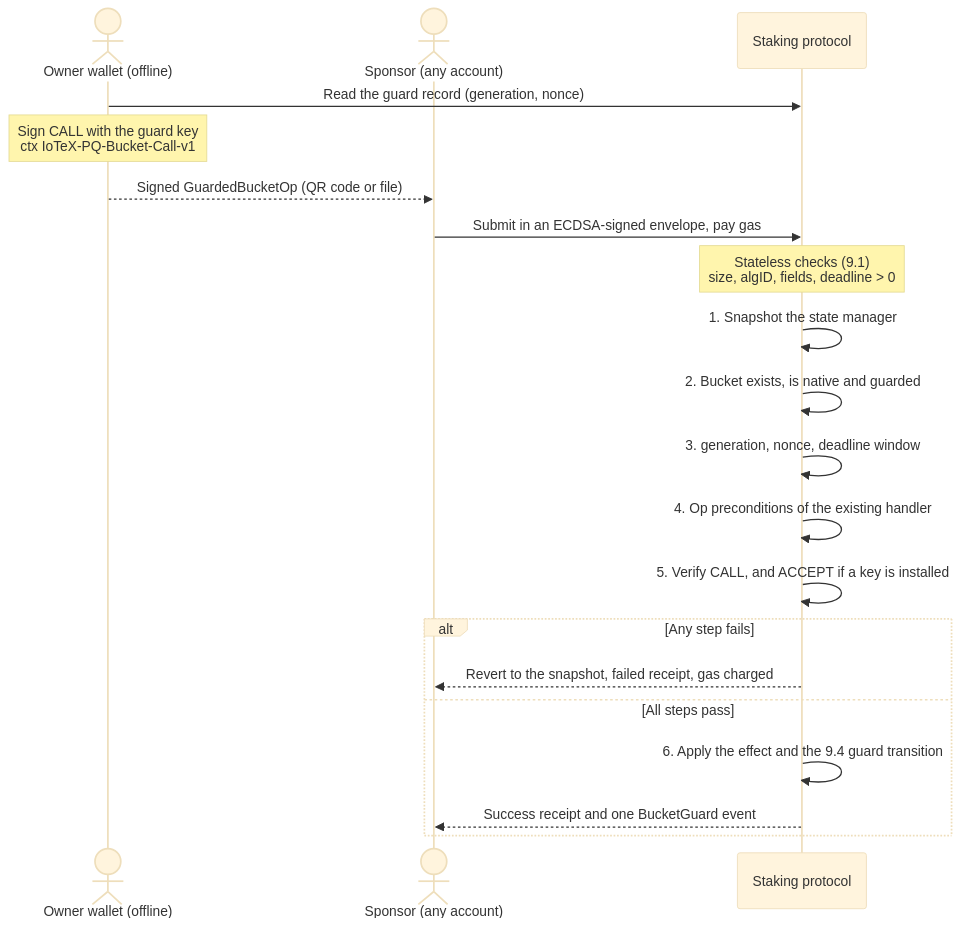
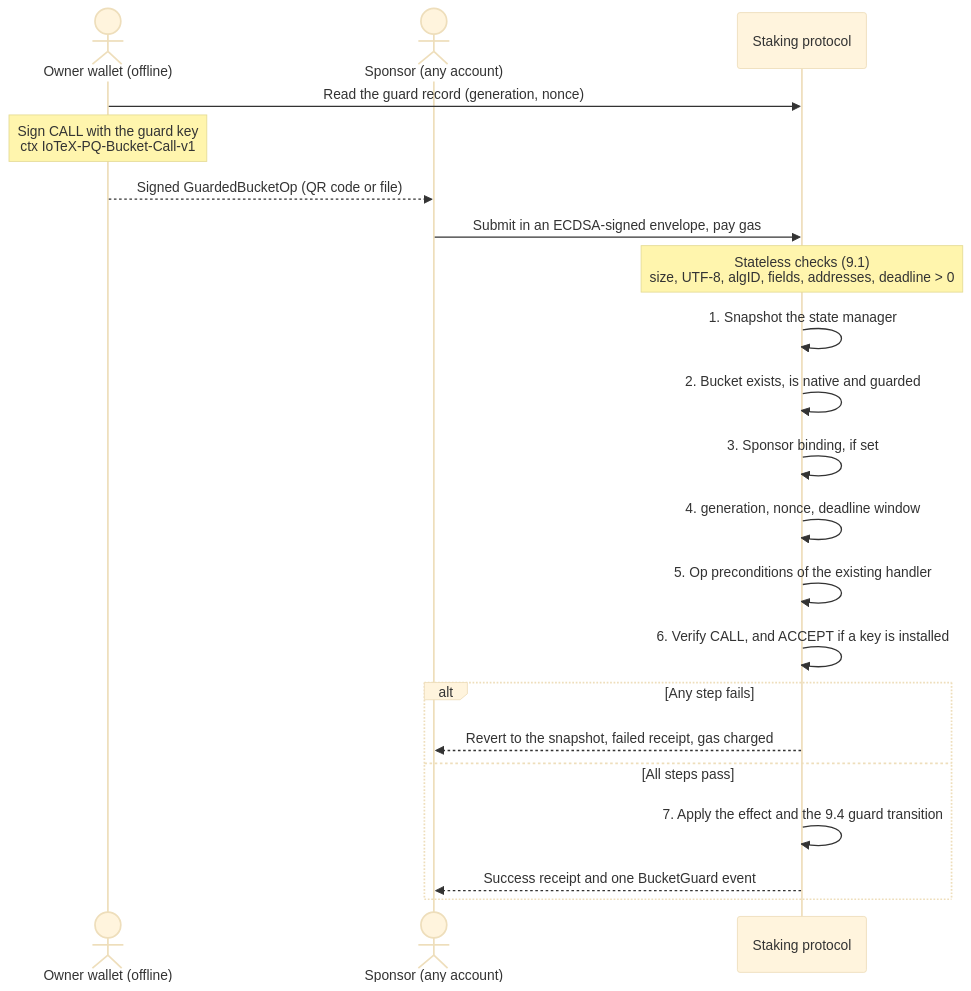
One commit to iotexproject/iips changed the fourth of 5 diagrams in iip-65.md. Above: the diagram before and after it, drawn with Mermaid (base theme). The commit also changed other lines of this file, not shown here.

````diff
--- a/iip-65.md
+++ b/iip-65.md
@@ -512,23 +596,24 @@
 ```mermaid
 sequenceDiagram
     actor Owner as Owner wallet (offline)
     actor Sponsor as Sponsor (any account)
     participant Node as Staking protocol
 
     Owner->>Node: Read the guard record (generation, nonce)
     Note over Owner: Sign CALL with the guard key<br/>ctx IoTeX-PQ-Bucket-Call-v1
     Owner-->>Sponsor: Signed GuardedBucketOp (QR code or file)
     Sponsor->>Node: Submit in an ECDSA-signed envelope, pay gas
-    Note over Node: Stateless checks (9.1)<br/>size, algID, fields, deadline > 0
+    Note over Node: Stateless checks (9.1)<br/>size, UTF-8, algID, fields, addresses, deadline > 0
     Node->>Node: 1. Snapshot the state manager
     Node->>Node: 2. Bucket exists, is native and guarded
-    Node->>Node: 3. generation, nonce, deadline window
-    Node->>Node: 4. Op preconditions of the existing handler
-    Node->>Node: 5. Verify CALL, and ACCEPT if a key is installed
+    Node->>Node: 3. Sponsor binding, if set
+    Node->>Node: 4. generation, nonce, deadline window
+    Node->>Node: 5. Op preconditions of the existing handler
+    Node->>Node: 6. Verify CALL, and ACCEPT if a key is installed
     alt Any step fails
         Node-->>Sponsor: Revert to the snapshot, failed receipt, gas charged
     else All steps pass
-        Node->>Node: 6. Apply the effect and the 9.4 guard transition
+        Node->>Node: 7. Apply the effect and the 9.4 guard transition
         Node-->>Sponsor: Success receipt and one BucketGuard event
     end
 ```
````
